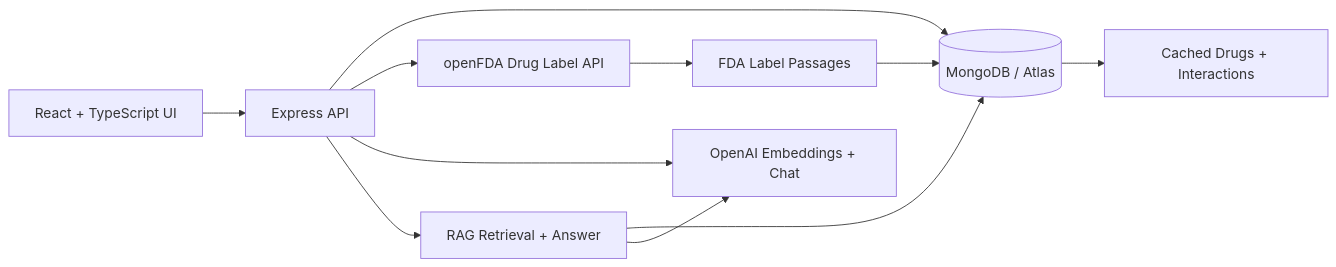
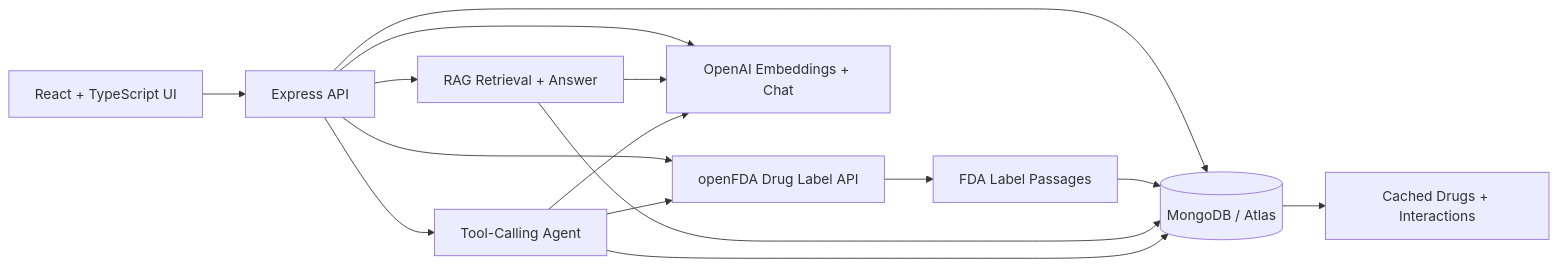
One commit to tatianaiatskovskaiadev/Polypharmacy_Explorer changed the diagram in README.md. Above: the diagram before and after it, drawn with Mermaid. The commit also changed other lines of this file and 14 other files, not shown here.

Commit message:
Add tool-calling drug agent

````diff
--- a/README.md
+++ b/README.md
@@ -37,13 +38,17 @@
 ```mermaid
 flowchart LR
     UI[React + TypeScript UI] --> API[Express API]
     API --> Mongo[(MongoDB / Atlas)]
     API --> FDA[openFDA Drug Label API]
     API --> OpenAI[OpenAI Embeddings + Chat]
     Mongo --> Graph[Cached Drugs + Interactions]
     FDA --> Passages[FDA Label Passages]
     Passages --> Mongo
     API --> RAG[RAG Retrieval + Answer]
     RAG --> Mongo
     RAG --> OpenAI
+    API --> Agent[Tool-Calling Agent]
+    Agent --> Mongo
+    Agent --> FDA
+    Agent --> OpenAI
 ```
````
